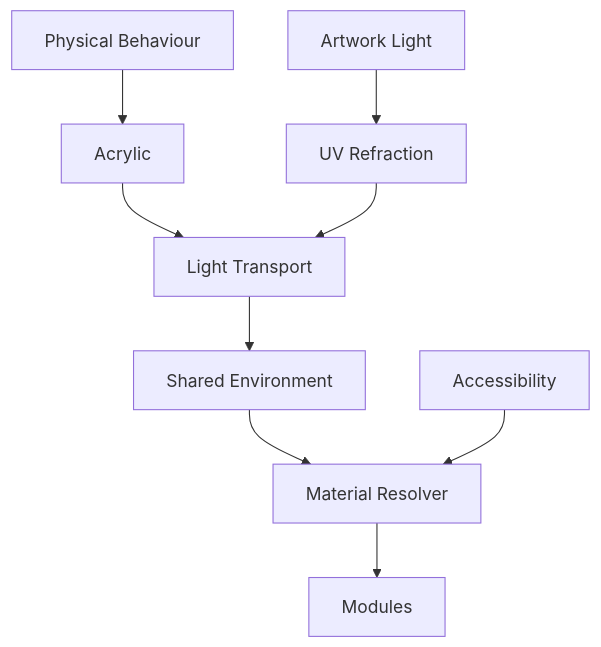
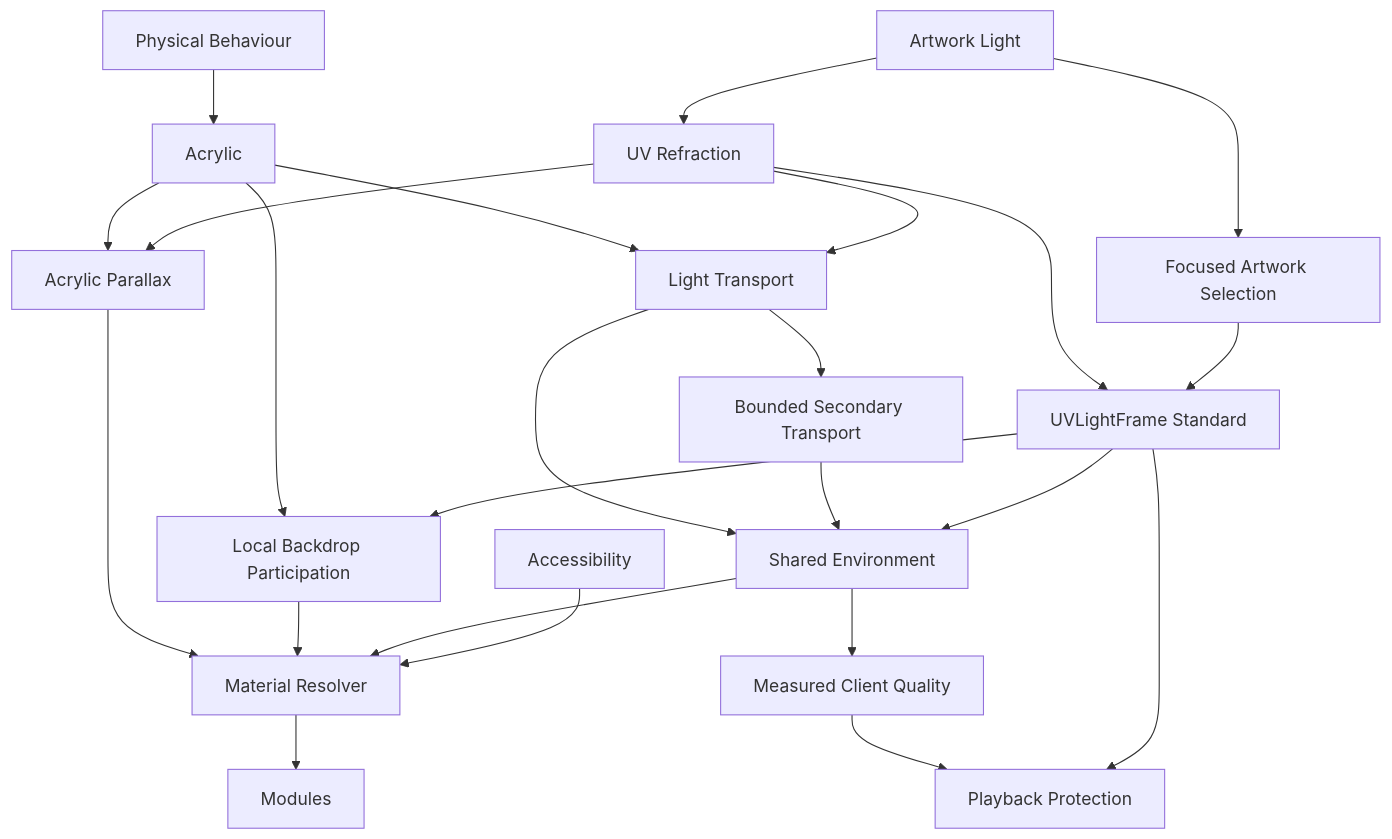
Before and after one commit to mosaic-media/architecture: the diagram in docs/design/system/mds-003-material-system/12-adrs.md, drawn with Mermaid. The commit also changed other lines of this file and 12 other files, not shown here.

Commit message:
docs(mds-003): define refraction architecture

````diff
--- a/docs/design/system/mds-003-material-system/12-adrs.md
+++ b/docs/design/system/mds-003-material-system/12-adrs.md
@@ -285,37 +569,81 @@
 ```mermaid
 flowchart TD
 
 ADR111["Physical Behaviour"]
 
 ADR112["Acrylic"]
 
 ADR113["Artwork Light"]
 
 ADR114["UV Refraction"]
 
 ADR115["Light Transport"]
 
 ADR116["Material Resolver"]
 
 ADR117["Accessibility"]
 
 ADR118["Shared Environment"]
 
 ADR119["Modules"]
 
+ADR120["Bounded Secondary Transport"]
+
+ADR121["Measured Client Quality"]
+
+ADR122["Playback Protection"]
+
+ADR123["UVLightFrame Standard"]
+
+ADR124["Acrylic Parallax"]
+
+ADR125["Focused Artwork Selection"]
+
+ADR126["Local Backdrop Participation"]
+
 ADR111 --> ADR112
 
 ADR112 --> ADR115
 
 ADR113 --> ADR114
 
 ADR114 --> ADR115
 
 ADR115 --> ADR118
 
+ADR115 --> ADR120
+
+ADR120 --> ADR118
+
+ADR118 --> ADR121
+
+ADR121 --> ADR122
+
+ADR114 --> ADR123
+
+ADR123 --> ADR118
+
+ADR123 --> ADR122
+
+ADR112 --> ADR124
+
+ADR114 --> ADR124
+
+ADR124 --> ADR116
+
+ADR113 --> ADR125
+
+ADR125 --> ADR123
+
+ADR112 --> ADR126
+
+ADR123 --> ADR126
+
+ADR126 --> ADR116
+
 ADR118 --> ADR116
 
 ADR117 --> ADR116
 
 ADR116 --> ADR119
 ```
````
